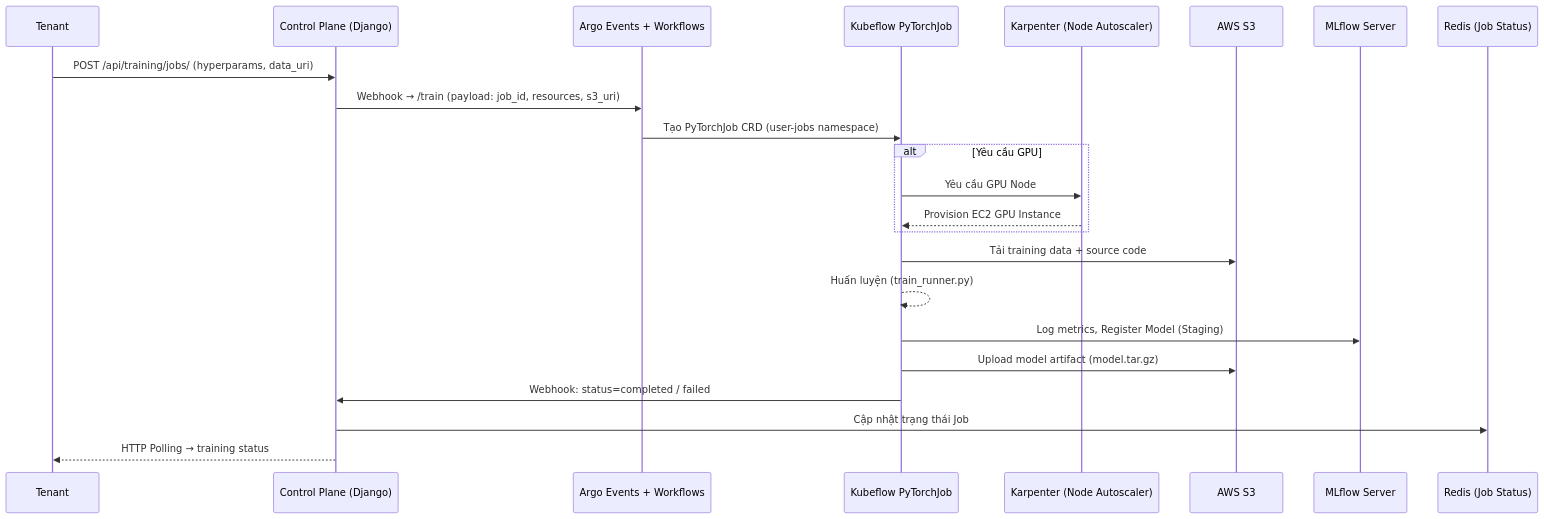
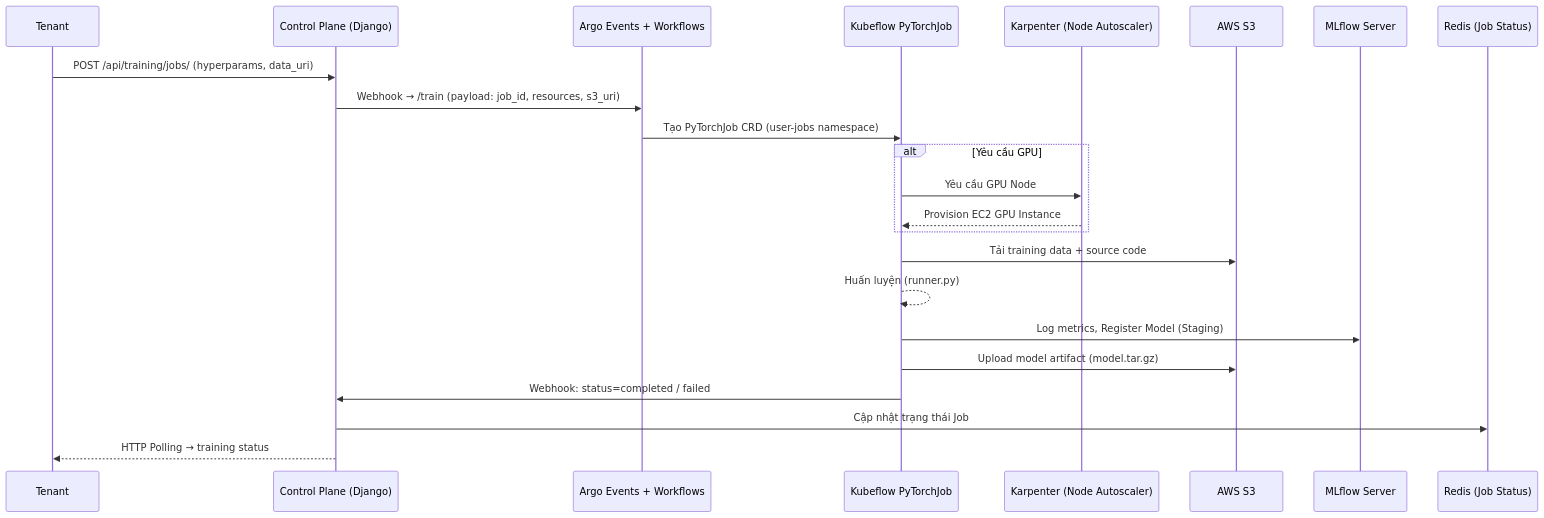
Before and after one commit to Viet-Hoang-2005/AdaptML: the fifth of 9 diagrams in ARCHITECTURE.md, drawn with Mermaid. The commit also changed 43 other files, not shown here.

Commit message:
refactor: model serving architecture (Stateless Workers + Dynamic Runtime Injection)

````diff
--- a/ARCHITECTURE.md
+++ b/ARCHITECTURE.md
@@ -171,29 +171,29 @@
 ```mermaid
 sequenceDiagram
     participant USER as Tenant
     participant CP as Control Plane (Django)
     participant ARGO as Argo Events + Workflows
     participant KF as Kubeflow PyTorchJob
     participant KARPENTER as Karpenter (Node Autoscaler)
     participant S3 as AWS S3
     participant MLFLOW as MLflow Server
     participant REDIS as Redis (Job Status)
 
     USER->>CP: POST /api/training/jobs/ (hyperparams, data_uri)
     CP->>ARGO: Webhook → /train (payload: job_id, resources, s3_uri)
     ARGO->>KF: Tạo PyTorchJob CRD (user-jobs namespace)
 
     alt Yêu cầu GPU
         KF->>KARPENTER: Yêu cầu GPU Node
         KARPENTER-->>KF: Provision EC2 GPU Instance
     end
 
     KF->>S3: Tải training data + source code
-    KF-->>KF: Huấn luyện (train_runner.py)
+    KF-->>KF: Huấn luyện (runner.py)
     KF->>MLFLOW: Log metrics, Register Model (Staging)
     KF->>S3: Upload model artifact (model.tar.gz)
     KF->>CP: Webhook: status=completed / failed
 
     CP->>REDIS: Cập nhật trạng thái Job
     CP-->>USER: HTTP Polling → training status
 ```
````
